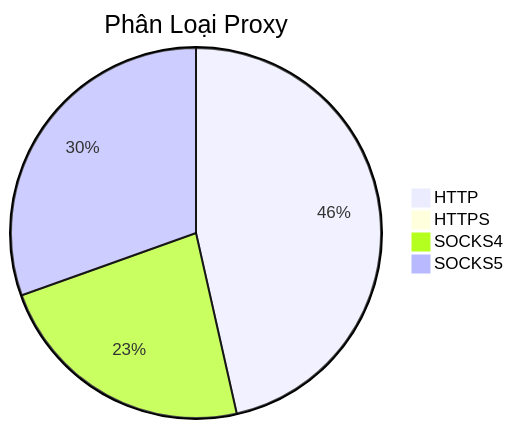
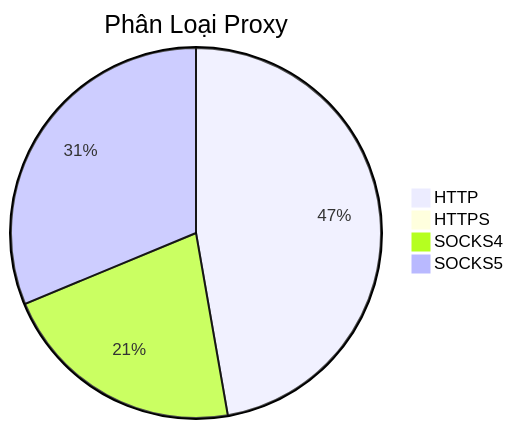
Before and after one commit to Ciara-12/PROXY-free: the diagram in README.md, drawn with Mermaid. The commit also changed other lines of this file and 3 other files, not shown here.

````diff
--- a/README.md
+++ b/README.md
@@ -26,7 +26,7 @@
 ```mermaid
 pie title Phân Loại Proxy
-    "HTTP" : 697
+    "HTTP" : 842
     "HTTPS" : 0
-    "SOCKS4" : 346
-    "SOCKS5" : 457
+    "SOCKS4" : 383
+    "SOCKS5" : 557
 ```
````
